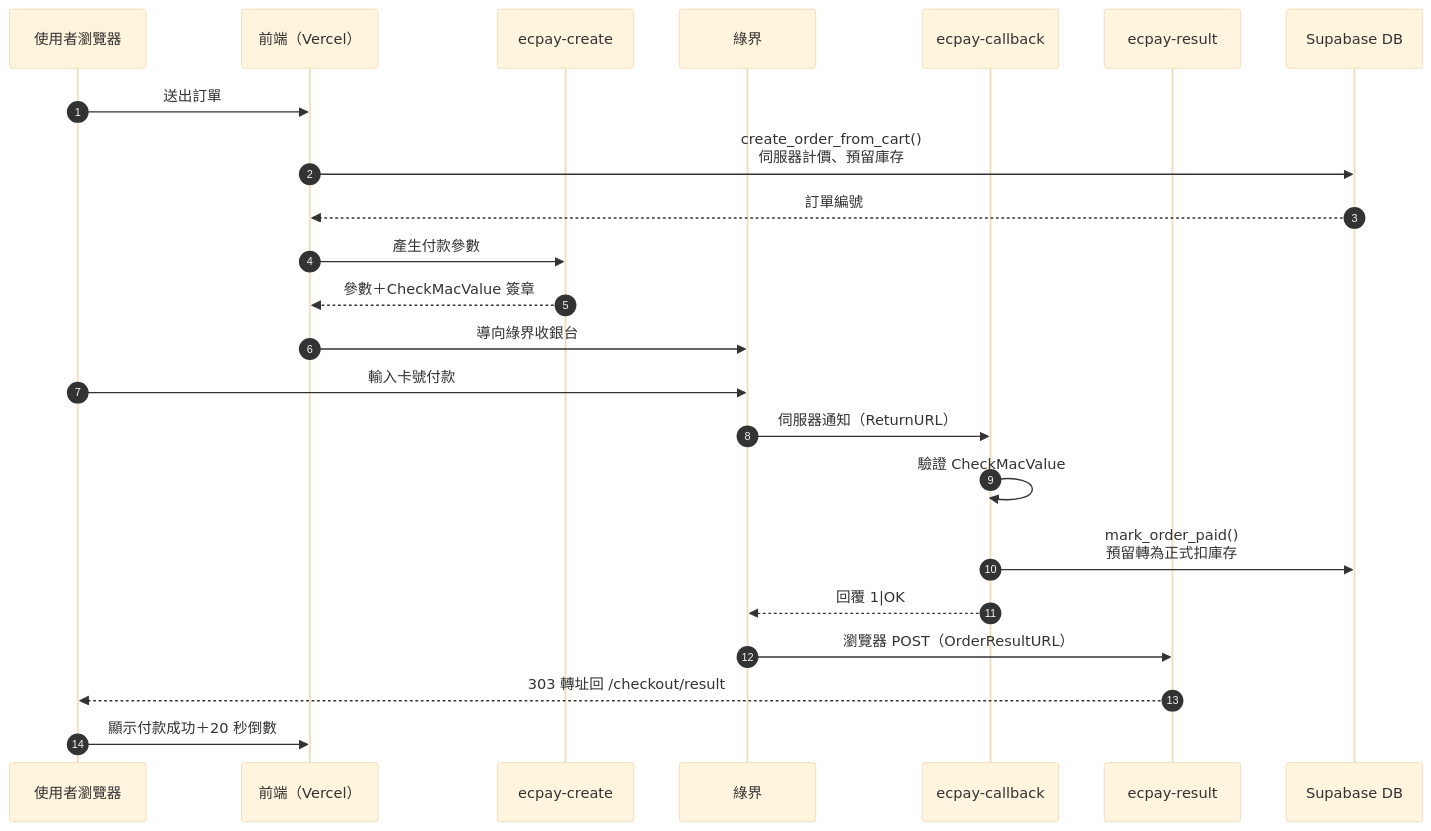
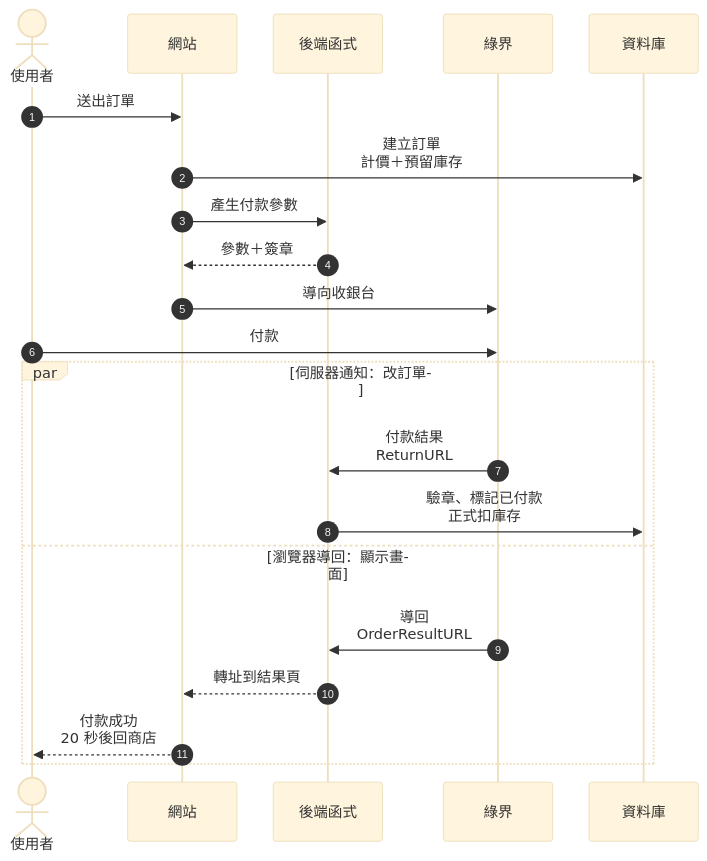
One commit to boan-chen047/online_shop changed the second of 3 diagrams in README.md. Above: the diagram before and after it, drawn with Mermaid (base theme). The commit also changed other lines of this file, not shown here.

First line of the commit message:
docs: README 流程圖改寫易讀、細節改為可折疊

````diff
--- a/README.md
+++ b/README.md
@@ -87,26 +93,26 @@
 ```mermaid
+%%{init: {"sequence": {"width": 120, "actorMargin": 40}}}%%
 sequenceDiagram
     autonumber
-    participant U as 使用者瀏覽器
-    participant W as 前端（Vercel）
-    participant C as ecpay-create
+    actor U as 使用者
+    participant W as 網站
+    participant F as 後端函式
     participant E as 綠界
-    participant CB as ecpay-callback
-    participant R as ecpay-result
-    participant DB as Supabase DB
+    participant D as 資料庫
 
     U->>W: 送出訂單
-    W->>DB: create_order_from_cart()<br/>伺服器計價、預留庫存
-    DB-->>W: 訂單編號
-    W->>C: 產生付款參數
-    C-->>W: 參數＋CheckMacValue 簽章
-    W->>E: 導向綠界收銀台
-    U->>E: 輸入卡號付款
-    E->>CB: 伺服器通知（ReturnURL）
-    CB->>CB: 驗證 CheckMacValue
-    CB->>DB: mark_order_paid()<br/>預留轉為正式扣庫存
-    CB-->>E: 回覆 1#124;OK
-    E->>R: 瀏覽器 POST（OrderResultURL）
-    R-->>U: 303 轉址回 /checkout/result
-    U->>W: 顯示付款成功＋20 秒倒數
+    W->>D: 建立訂單<br/>計價＋預留庫存
+    W->>F: 產生付款參數
+    F-->>W: 參數＋簽章
+    W->>E: 導向收銀台
+    U->>E: 付款
+
+    par 伺服器通知：改訂單
+        E->>F: 付款結果<br/>ReturnURL
+        F->>D: 驗章、標記已付款<br/>正式扣庫存
+    and 瀏覽器導回：顯示畫面
+        E->>F: 導回<br/>OrderResultURL
+        F-->>W: 轉址到結果頁
+        W-->>U: 付款成功<br/>20 秒後回商店
+    end
 ```
````
